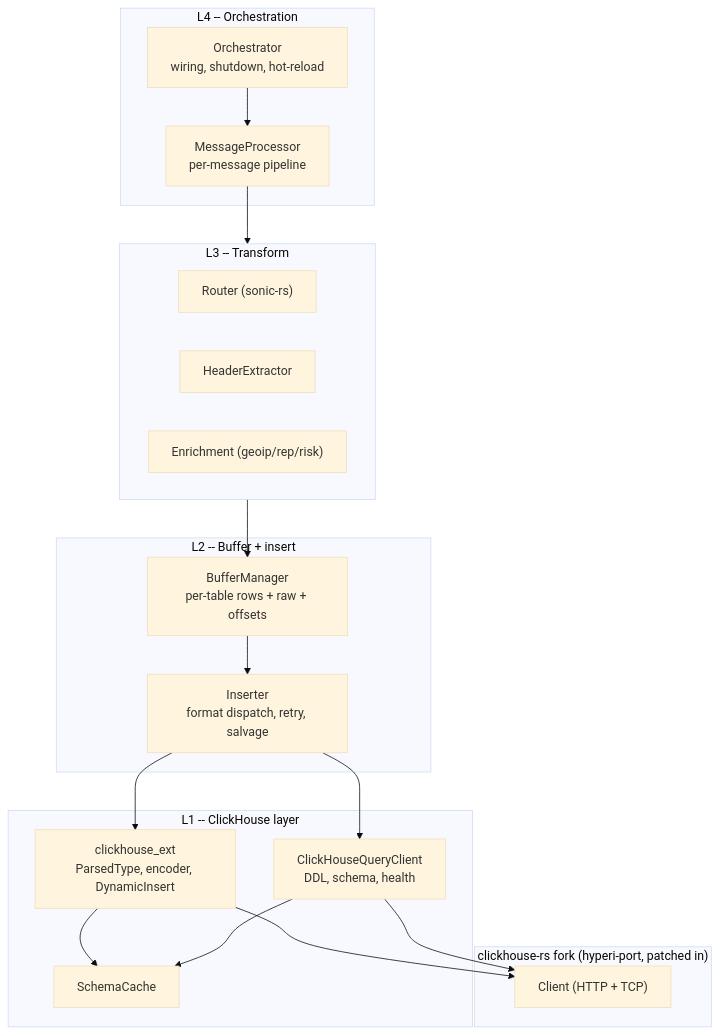
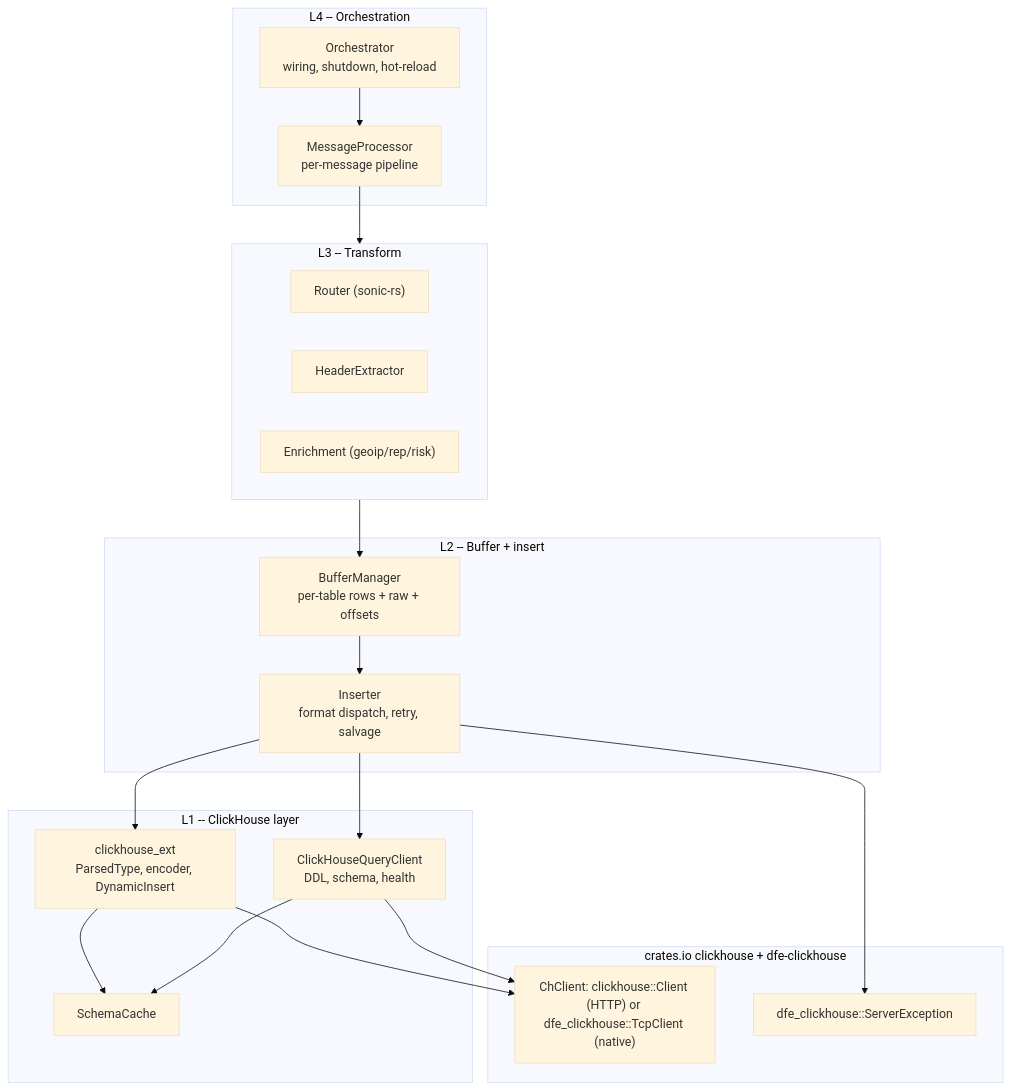
Before and after one commit to hyperi-io/dfe-loader: the first of 3 diagrams in docs/architecture.md, drawn with Mermaid (base theme). The commit also changed other lines of this file and 77 other files, not shown here.

First line of the commit message:
fix: manual remediation of LLM auto fixes -- loader on dfe-clickhouse, not the clickhouse-rs fork (#302)

````diff
--- a/docs/architecture.md
+++ b/docs/architecture.md
@@ -22,30 +22,32 @@
 ```mermaid
 flowchart TB
     subgraph L4["L4 -- Orchestration"]
         ORC["Orchestrator<br/>wiring, shutdown, hot-reload"]
         PROC["MessageProcessor<br/>per-message pipeline"]
     end
     subgraph L3["L3 -- Transform"]
         ROUTE["Router (sonic-rs)"]
         EXTRACT["HeaderExtractor"]
         ENRICH["Enrichment (geoip/rep/risk)"]
     end
     subgraph L2["L2 -- Buffer + insert"]
         BUF["BufferManager<br/>per-table rows + raw + offsets"]
         INS["Inserter<br/>format dispatch, retry, salvage"]
     end
     subgraph L1["L1 -- ClickHouse layer"]
         QC["ClickHouseQueryClient<br/>DDL, schema, health"]
         EXT["clickhouse_ext<br/>ParsedType, encoder, DynamicInsert"]
         SC["SchemaCache"]
     end
-    subgraph Fork["clickhouse-rs fork (hyperi-port, patched in)"]
-        CLIENT["Client (HTTP + TCP)"]
+    subgraph Client["crates.io clickhouse + dfe-clickhouse"]
+        CLIENT["ChClient: clickhouse::Client (HTTP) or dfe_clickhouse::TcpClient (native)"]
+        EXC["dfe_clickhouse::ServerException"]
     end
 
     ORC --> PROC --> L3 --> BUF --> INS
     INS --> EXT --> CLIENT
     INS --> QC --> CLIENT
+    INS --> EXC
     EXT --> SC
     QC --> SC
 ```
````
